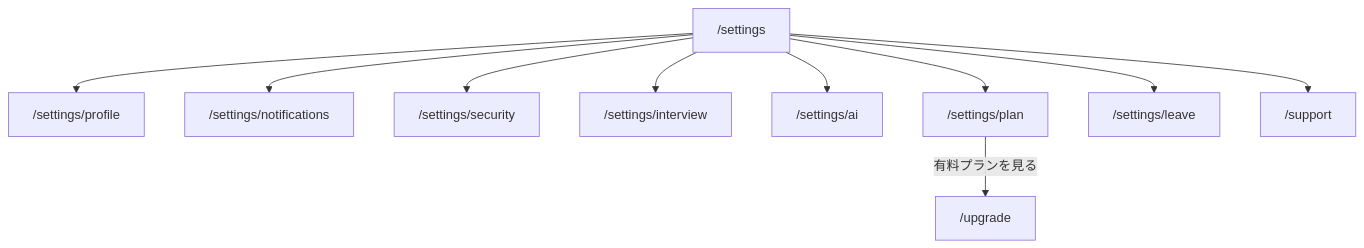
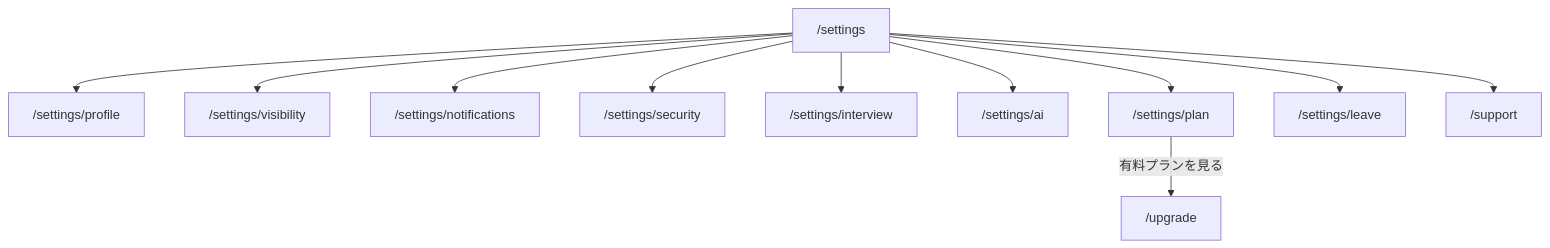
Before and after one commit to masseater/typescript-template: the diagram in apps/internal-dashboard/content/docs/pages/member-settings.md, drawn with Mermaid. The commit also changed other lines of this file and 2 other files, not shown here.

First line of the commit message:
Record the visibility page, the photos and the shared judgement in the member docs

````diff
--- a/apps/internal-dashboard/content/docs/pages/member-settings.md
+++ b/apps/internal-dashboard/content/docs/pages/member-settings.md
@@ -71,12 +82,13 @@
 ```mermaid
 flowchart TD
   settings["/settings"] --> profile["/settings/profile"]
+  settings --> visibility["/settings/visibility"]
   settings --> notifications["/settings/notifications"]
   settings --> security["/settings/security"]
   settings --> interview["/settings/interview"]
   settings --> ai["/settings/ai"]
   settings --> plan["/settings/plan"]
   settings --> leave["/settings/leave"]
   settings --> support["/support"]
   plan -- 有料プランを見る --> upgrade["/upgrade"]
 ```
````
